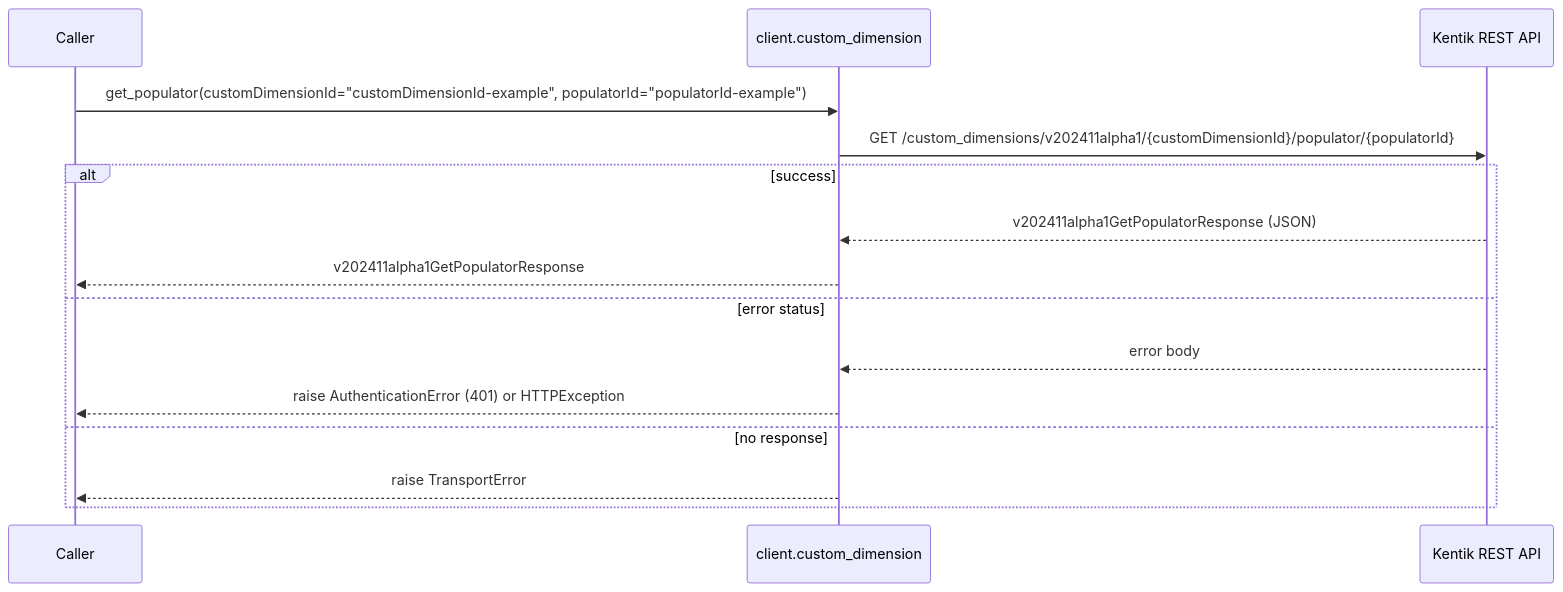
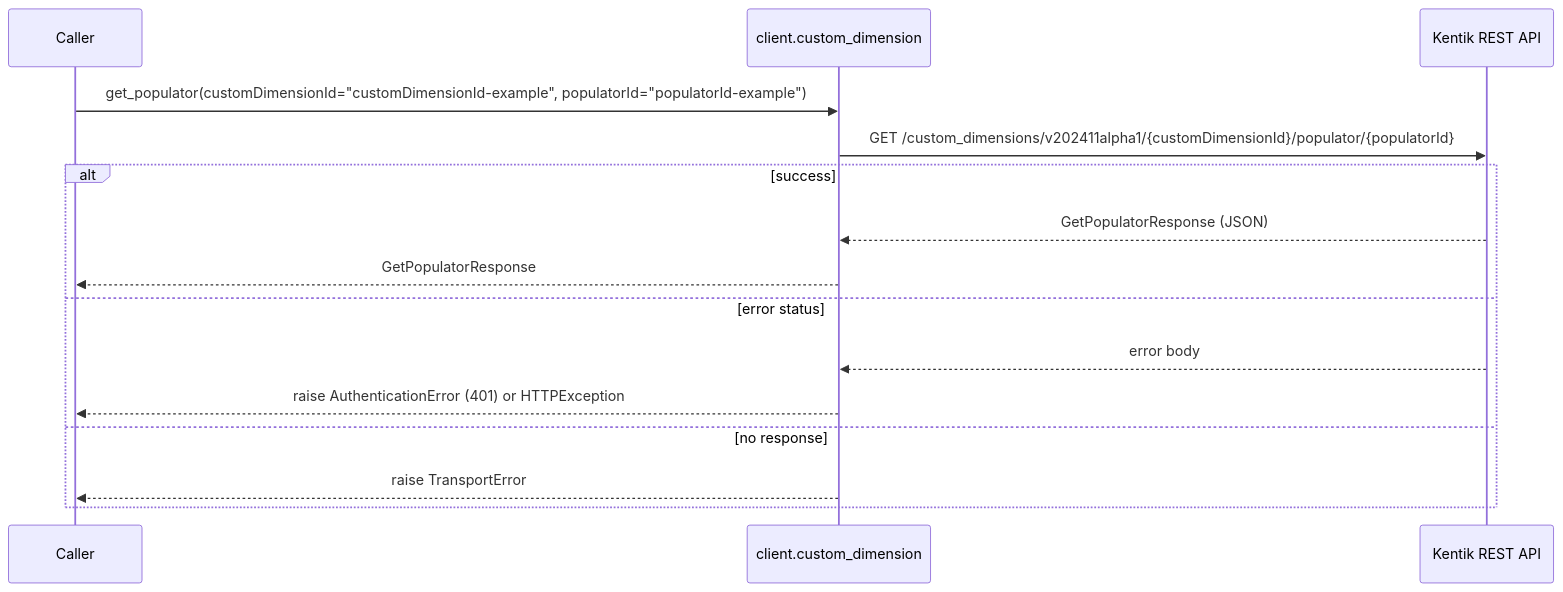
Before and after one commit to alexdearaujo/community_sdk_python: diagram 12 of 22 in docs/sphinx/services/custom_dimension.md, drawn with Mermaid. The commit also changed other lines of this file and 38 other files, not shown here.

````diff
--- a/docs/sphinx/services/custom_dimension.md
+++ b/docs/sphinx/services/custom_dimension.md
@@ -414,18 +414,18 @@
 ```mermaid
 sequenceDiagram
     participant C as Caller
     participant W as client.custom_dimension
     participant API as Kentik REST API
 
     C->>W: get_populator(customDimensionId="customDimensionId-example", populatorId="populatorId-example")
     W->>API: GET /custom_dimensions/v202411alpha1/{customDimensionId}/populator/{populatorId}
     alt success
-        API-->>W: v202411alpha1GetPopulatorResponse (JSON)
-        W-->>C: v202411alpha1GetPopulatorResponse
+        API-->>W: GetPopulatorResponse (JSON)
+        W-->>C: GetPopulatorResponse
     else error status
         API-->>W: error body
         W-->>C: raise AuthenticationError (401) or HTTPException
     else no response
         W-->>C: raise TransportError
     end
 ```
````
